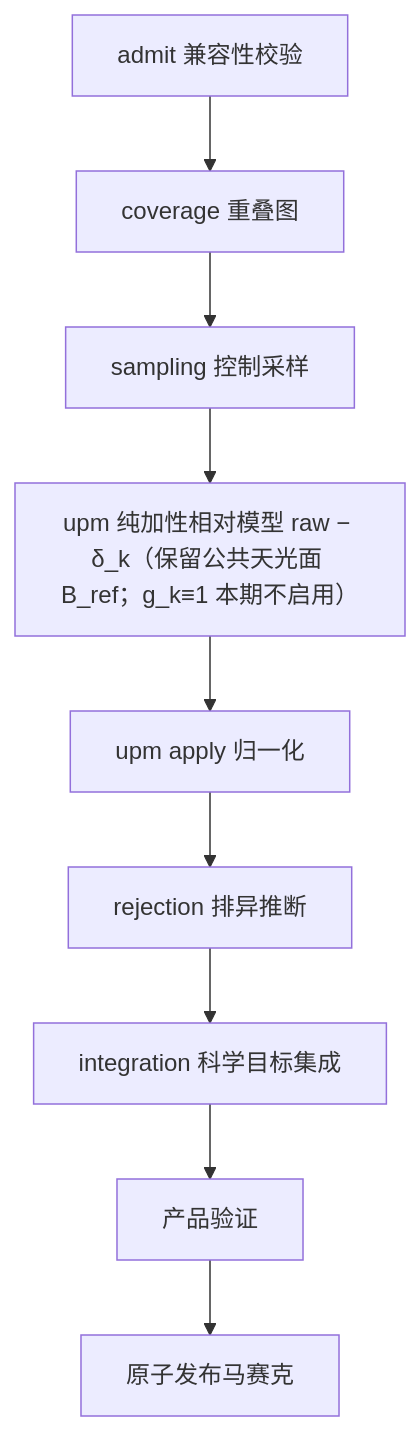
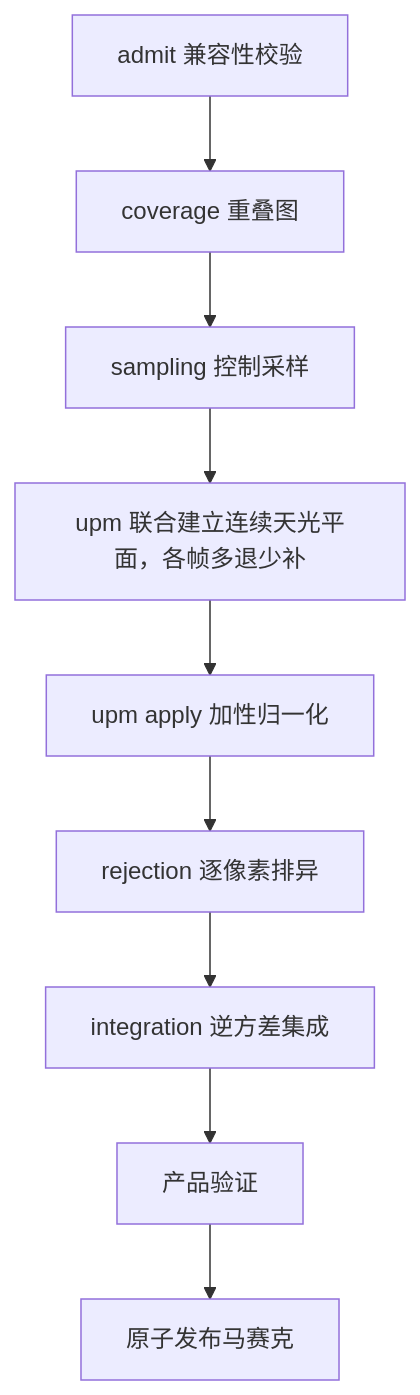
Before and after one commit to fujiaze/Astro-CS-Database: the sixth of 11 diagrams in ASTROCS_DESIGN.md, drawn with Mermaid. The commit also changed other lines of this file and 4 other files, not shown here.

````diff
--- a/ASTROCS_DESIGN.md
+++ b/ASTROCS_DESIGN.md
@@ -464,11 +287,11 @@
 ```mermaid
 flowchart TD
     A["admit 兼容性校验"] --> C["coverage 重叠图"]
     C --> S["sampling 控制采样"]
-    S --> U["upm 纯加性相对模型 raw − δ_k（保留公共天光面 B_ref；g_k≡1 本期不启用）"]
-    U --> UA["upm apply 归一化"]
-    UA --> R["rejection 排异推断"]
-    R --> I["integration 科学目标集成"]
+    S --> U["upm 联合建立连续天光平面，各帧多退少补"]
+    U --> UA["upm apply 加性归一化"]
+    UA --> R["rejection 逐像素排异"]
+    R --> I["integration 逆方差集成"]
     I --> V["产品验证"]
     V --> O["原子发布马赛克"]
 ```
````
